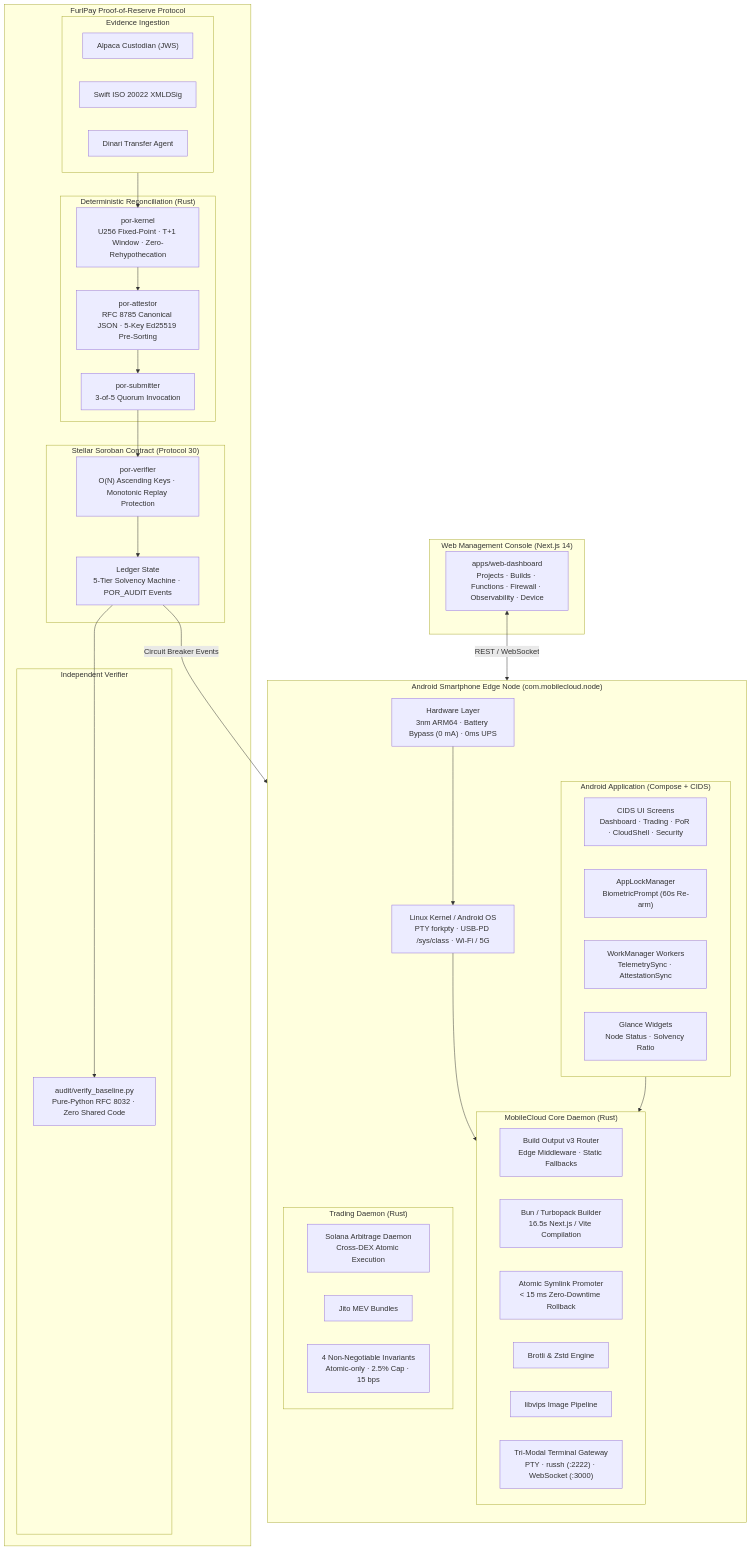
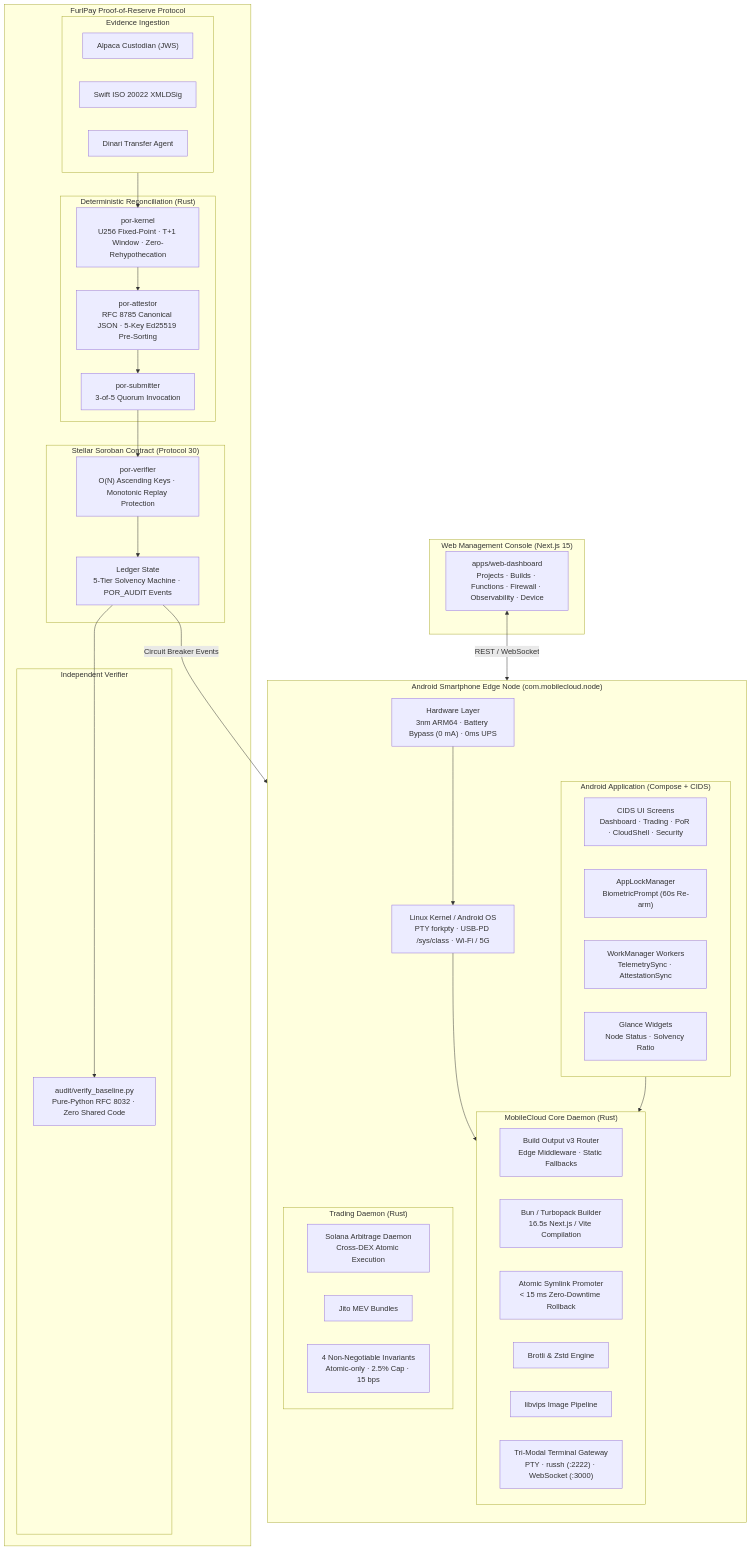
Before and after one commit to Ashutosh0x/mobilecloud-platform: the first of 3 diagrams in README.md, drawn with Mermaid. The commit also changed other lines of this file and 62 other files, not shown here.

````diff
--- a/README.md
+++ b/README.md
@@ -167,70 +197,70 @@
 ```mermaid
 flowchart TD
     subgraph EdgeDevice["Android Smartphone Edge Node (com.mobilecloud.node)"]
         direction TB
         HW["Hardware Layer<br/>3nm ARM64 · Battery Bypass (0 mA) · 0ms UPS"]
         KRN["Linux Kernel / Android OS<br/>PTY forkpty · USB-PD /sys/class · Wi-Fi / 5G"]
         
         subgraph AppPlane["Android Application (Compose + CIDS)"]
             UI["CIDS UI Screens<br/>Dashboard · Trading · PoR · CloudShell · Security"]
             BIO["AppLockManager<br/>BiometricPrompt (60s Re-arm)"]
             WM["WorkManager Workers<br/>TelemetrySync · AttestationSync"]
             GL["Glance Widgets<br/>Node Status · Solvency Ratio"]
         end
 
         subgraph CoreDaemon["MobileCloud Core Daemon (Rust)"]
             ROUTER["Build Output v3 Router<br/>Edge Middleware · Static Fallbacks"]
             BUILDER["Bun / Turbopack Builder<br/>16.5s Next.js / Vite Compilation"]
             PROMOTE["Atomic Symlink Promoter<br/>&lt; 15 ms Zero-Downtime Rollback"]
             COMPRESS["Brotli & Zstd Engine"]
             VIPS["libvips Image Pipeline"]
             TERM["Tri-Modal Terminal Gateway<br/>PTY · russh (:2222) · WebSocket (:3000)"]
         end
 
         subgraph EdgeTrading["Trading Daemon (Rust)"]
             ARB["Solana Arbitrage Daemon<br/>Cross-DEX Atomic Execution"]
             JITO["Jito MEV Bundles"]
             RISK["4 Non-Negotiable Invariants<br/>Atomic-only · 2.5% Cap · 15 bps"]
         end
     end
 
-    subgraph WebManagement["Web Management Console (Next.js 14)"]
+    subgraph WebManagement["Web Management Console (Next.js 15)"]
         CONSOLE["apps/web-dashboard<br/>Projects · Builds · Functions · Firewall · Observability · Device"]
     end
 
     subgraph PoRProtocol["FurlPay Proof-of-Reserve Protocol"]
         subgraph Evidence["Evidence Ingestion"]
             ALP["Alpaca Custodian (JWS)"]
             ISO["Swift ISO 20022 XMLDSig"]
             DIN["Dinari Transfer Agent"]
         end
 
         subgraph DetKernel["Deterministic Reconciliation (Rust)"]
             PK["por-kernel<br/>U256 Fixed-Point · T+1 Window · Zero-Rehypothecation"]
             AT["por-attestor<br/>RFC 8785 Canonical JSON · 5-Key Ed25519 Pre-Sorting"]
             SB["por-submitter<br/>3-of-5 Quorum Invocation"]
         end
 
         subgraph SmartContract["Stellar Soroban Contract (Protocol 30)"]
             SC["por-verifier<br/>O(N) Ascending Keys · Monotonic Replay Protection"]
             STATE["Ledger State<br/>5-Tier Solvency Machine · POR_AUDIT Events"]
         end
 
         subgraph AuditVerification["Independent Verifier"]
             PY["audit/verify_baseline.py<br/>Pure-Python RFC 8032 · Zero Shared Code"]
         end
     end
 
     HW --> KRN
     KRN --> CoreDaemon
     AppPlane --> CoreDaemon
     CONSOLE <-->|REST / WebSocket| CoreDaemon
     
     Evidence --> PK
     PK --> AT
     AT --> SB
     SB --> SC
     SC --> STATE
     STATE --> PY
     STATE -->|Circuit Breaker Events| EdgeTrading
 ```
````
